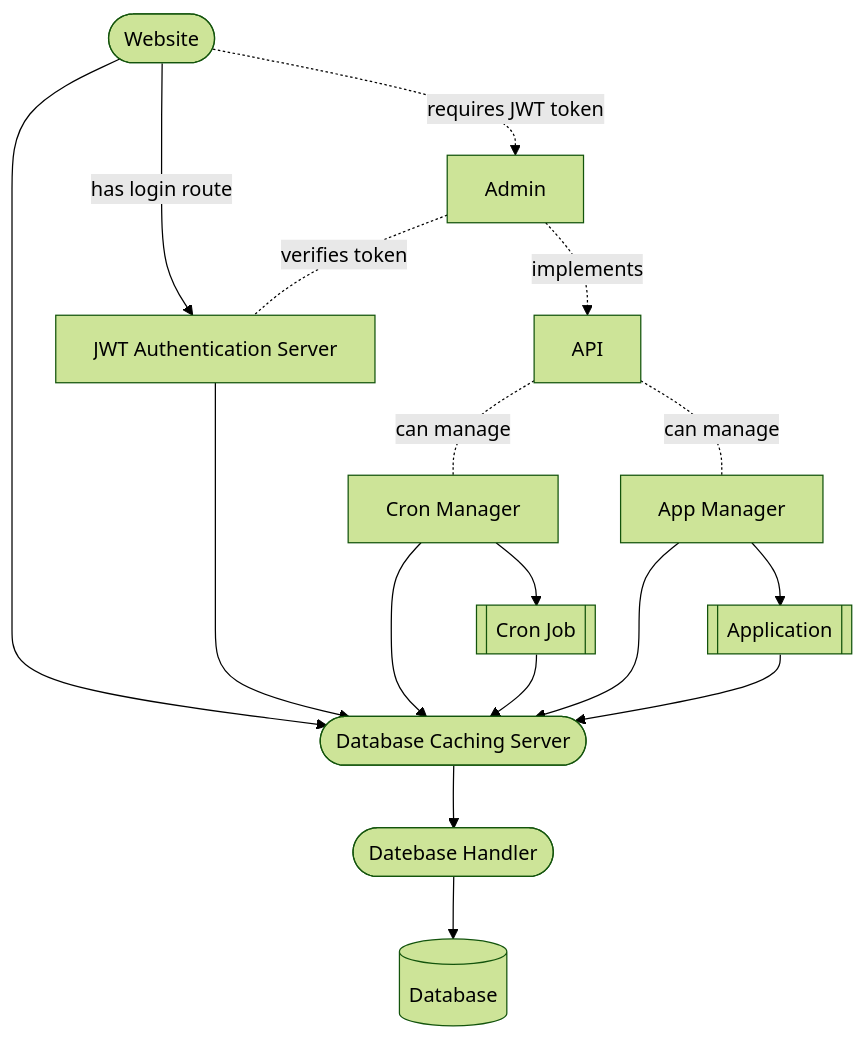
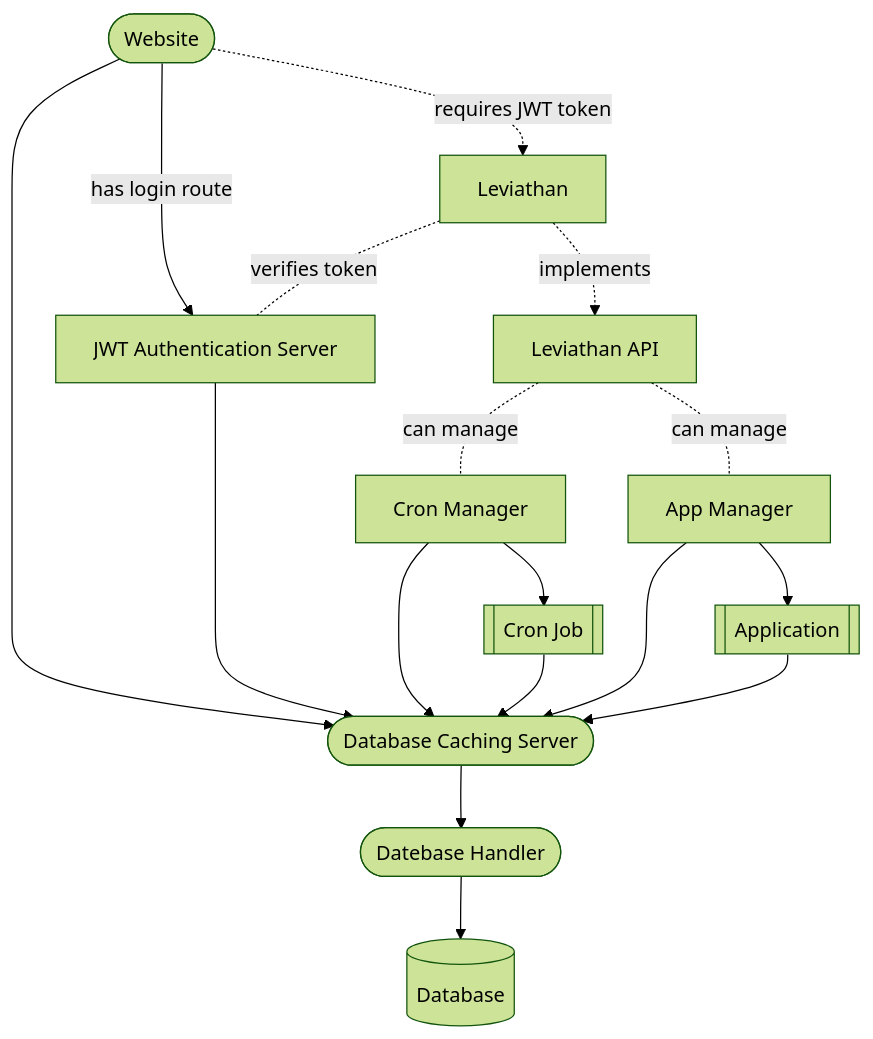
One commit to olivernybo/leviathan changed the diagram in diagrams/domain.mmd. Above: the diagram before and after it, drawn with Mermaid (forest theme). The commit also changed 1 other file, not shown here.

Commit message:
admin --> leviathan

```diff
--- a/diagrams/domain.mmd
+++ b/diagrams/domain.mmd
@@ -1,29 +1,29 @@
 graph TD
 	db[(Database)]
 	dbh([Datebase Handler])
 	dbcache([Database Caching Server])
 	web([Website])
 	jwt[JWT Authentication Server]
-	admin[Admin]
-	api[API]
+	leviathan[Leviathan]
+	api[Leviathan API]
 	cronmanager[Cron Manager]
 	cronjob[[Cron Job]]
 	appmanager[App Manager]
 	app[[Application]]
 
 	web-->dbcache
-	web-.->|requires JWT token|admin
+	web-.->|requires JWT token|leviathan
 	web-->|has login route|jwt
-	admin-.-|verifies token|jwt
-	admin-.->|implements|api
+	leviathan-.-|verifies token|jwt
+	leviathan-.->|implements|api
 	jwt-->dbcache
 	api-.-|can manage|cronmanager
 	api-.-|can manage|appmanager
 	cronmanager-->dbcache
 	cronmanager-->cronjob
 	cronjob-->dbcache
 	appmanager-->dbcache
 	appmanager-->app
 	app-->dbcache
 	dbcache-->dbh
 	dbh-->db
```
